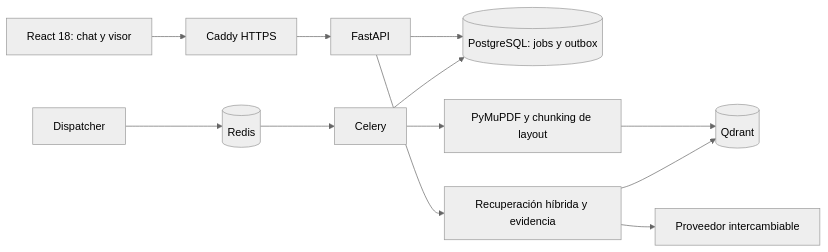
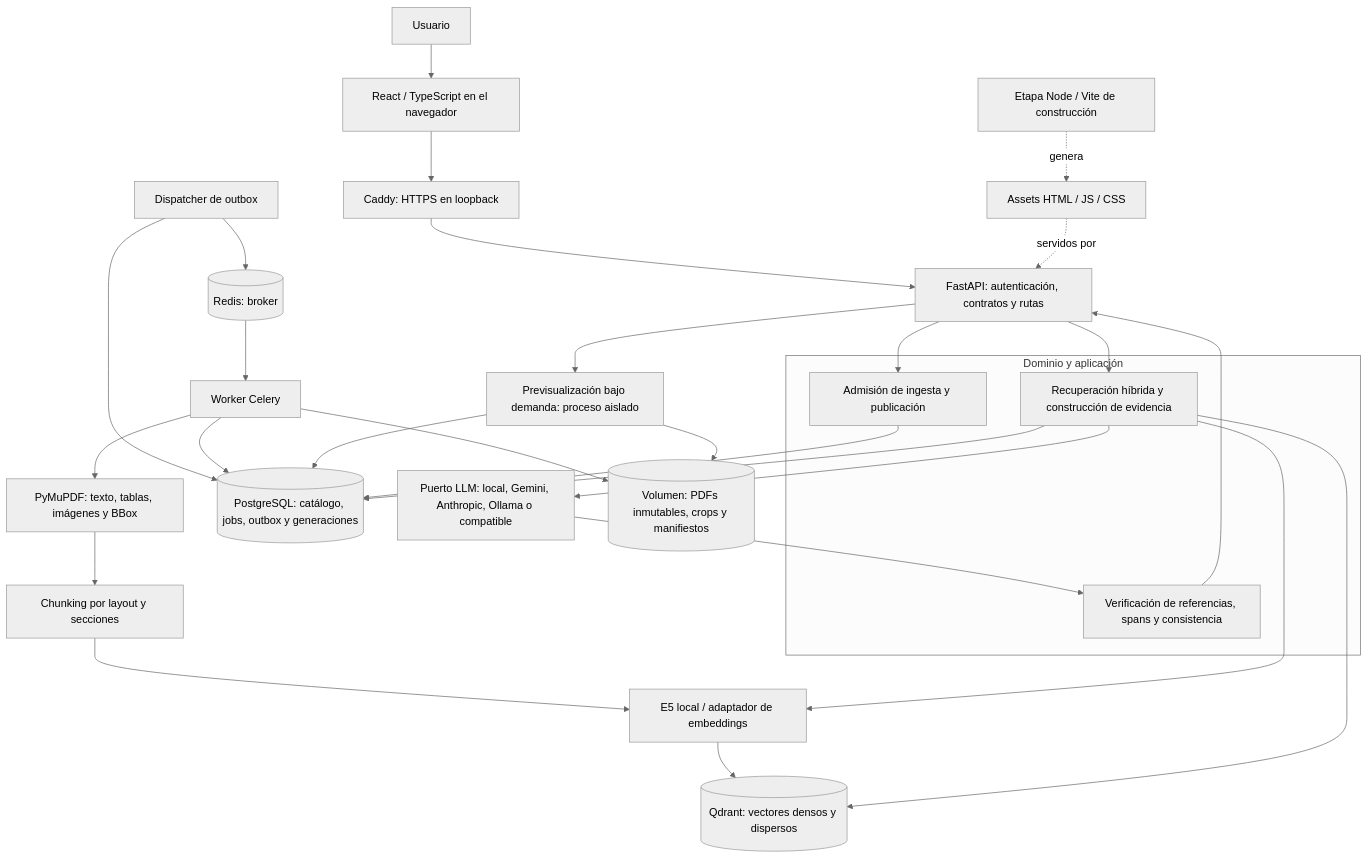
The diagram in README.md (NeoCode313/aetherrag), drawn with Mermaid (neutral theme) before and after one commit. The commit also changed other lines of this file and 19 other files, not shown here.

````diff
--- a/README.md
+++ b/README.md
@@ -57,14 +104,35 @@
-~~~mermaid
-flowchart LR
-  UI[React 18: chat y visor] --> TLS[Caddy HTTPS]
-  TLS --> API[FastAPI]
-  API --> SQL[(PostgreSQL: jobs y outbox)]
-  API --> Query[Recuperación híbrida y evidencia]
-  Dispatcher[Dispatcher] --> Redis[(Redis)]
-  Redis --> Worker[Celery]
-  Worker --> PDF[PyMuPDF y chunking de layout]
-  PDF --> Qdrant[(Qdrant)]
-  Worker --> SQL
-  Query --> Qdrant
-  Query --> LLM[Proveedor intercambiable]
-~~~
+```mermaid
+flowchart TB
+    User[Usuario] --> UI[React / TypeScript en el navegador]
+    UI --> Proxy[Caddy: HTTPS en loopback]
+    Proxy --> API[FastAPI: autenticación, contratos y rutas]
+    Build[Etapa Node / Vite de construcción] -. genera .-> Static[Assets HTML / JS / CSS]
+    Static -. servidos por .-> API
+
+    subgraph Core[Dominio y aplicación]
+        Ingest[Admisión de ingesta y publicación]
+        Query[Recuperación híbrida y construcción de evidencia]
+        Ground[Verificación de referencias, spans y consistencia]
+    end
+    API --> Ingest
+    API --> Query
+    API --> Preview[Previsualización bajo demanda: proceso aislado]
+    Ingest --> PG[(PostgreSQL: catálogo, jobs, outbox y generaciones)]
+    Dispatcher[Dispatcher de outbox] --> PG
+    Dispatcher --> Redis[(Redis: broker)]
+    Redis --> Worker[Worker Celery]
+    Worker --> Parse[PyMuPDF: texto, tablas, imágenes y BBox]
+    Parse --> Chunk[Chunking por layout y secciones]
+    Chunk --> Embed[E5 local / adaptador de embeddings]
+    Embed --> Vector[(Qdrant: vectores densos y dispersos)]
+    Worker --> PG
+    Worker --> Files[(Volumen: PDFs inmutables, crops y manifiestos)]
+    Preview --> PG
+    Preview --> Files
+    Query --> PG
+    Query --> Embed
+    Query --> Vector
+    Query --> Provider[Puerto LLM: local, Gemini, Anthropic, Ollama o compatible]
+    Provider --> Ground
+    Ground --> API
+```
````
